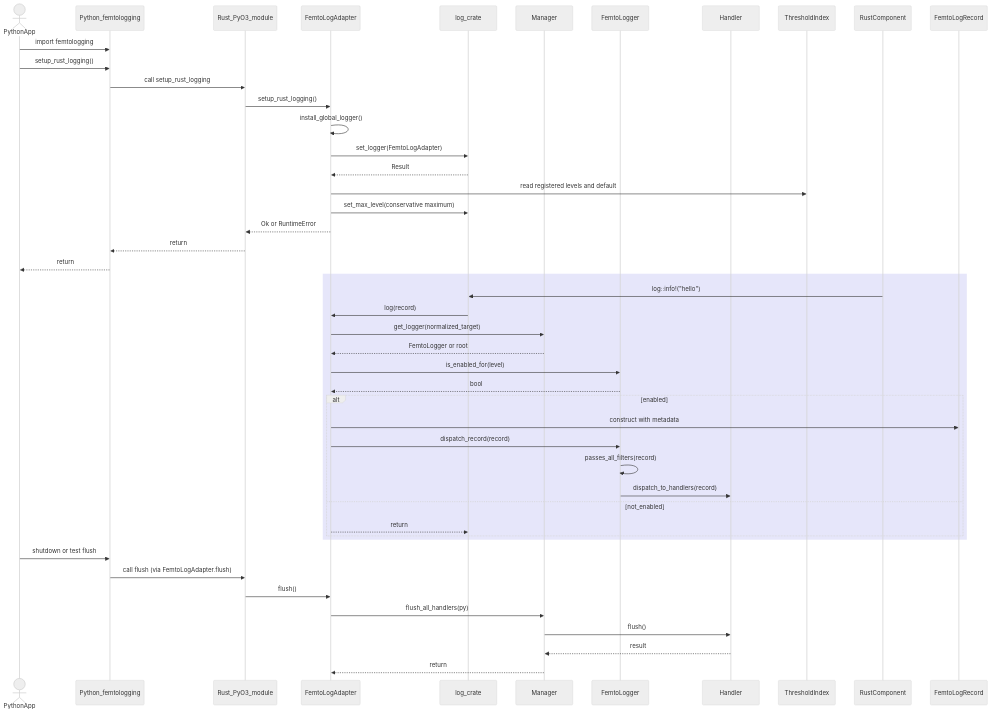
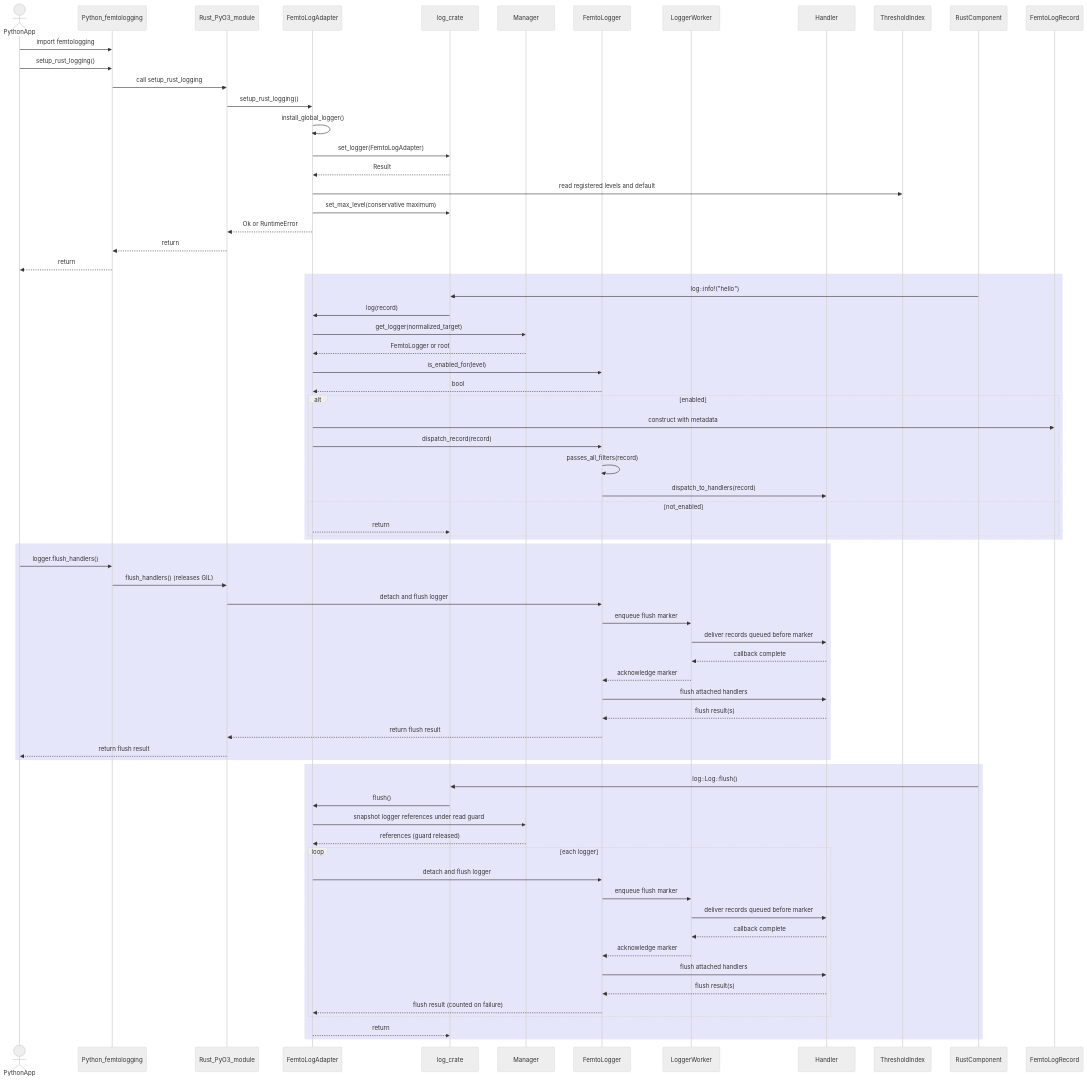
The seventh of 8 diagrams in docs/rust-multithreaded-logging-framework-for-python-design.md (leynos/femtologging), drawn with Mermaid (neutral theme) before and after one commit. The commit also changed other lines of this file and 39 other files, not shown here.

First line of the commit message:
Prevent GIL deadlocks in Python handler flushes (#451) (#555)

````diff
--- a/docs/rust-multithreaded-logging-framework-for-python-design.md
+++ b/docs/rust-multithreaded-logging-framework-for-python-design.md
@@ -1496,50 +1530,75 @@
 ```mermaid
 sequenceDiagram
     actor PythonApp
     participant PythonFemtoLogging as Python_femtologging
     participant PyO3Bridge as Rust_PyO3_module
     participant FemtoLogCompat as FemtoLogAdapter
     participant RustLog as log_crate
     participant Manager as Manager
     participant FemtoLogger
+    participant LoggerWorker
     participant Handler
 
     PythonApp->>PythonFemtoLogging: import femtologging
     PythonApp->>PythonFemtoLogging: setup_rust_logging()
     PythonFemtoLogging->>PyO3Bridge: call setup_rust_logging
     PyO3Bridge->>FemtoLogCompat: setup_rust_logging()
     FemtoLogCompat->>FemtoLogCompat: install_global_logger()
     FemtoLogCompat->>RustLog: set_logger(FemtoLogAdapter)
     RustLog-->>FemtoLogCompat: Result
     FemtoLogCompat->>ThresholdIndex: read registered levels and default
     FemtoLogCompat->>RustLog: set_max_level(conservative maximum)
     FemtoLogCompat-->>PyO3Bridge: Ok or RuntimeError
     PyO3Bridge-->>PythonFemtoLogging: return
     PythonFemtoLogging-->>PythonApp: return
 
     rect rgb(230,230,250)
         participant RustComponent
         RustComponent->>RustLog: log::info!("hello")
         RustLog->>FemtoLogCompat: log(record)
         FemtoLogCompat->>Manager: get_logger(normalized_target)
         Manager-->>FemtoLogCompat: FemtoLogger or root
         FemtoLogCompat->>FemtoLogger: is_enabled_for(level)
         FemtoLogger-->>FemtoLogCompat: bool
         alt enabled
             FemtoLogCompat->>FemtoLogRecord: construct with metadata
             FemtoLogCompat->>FemtoLogger: dispatch_record(record)
             FemtoLogger->>FemtoLogger: passes_all_filters(record)
             FemtoLogger->>Handler: dispatch_to_handlers(record)
         else not_enabled
             FemtoLogCompat-->>RustLog: return
         end
     end
 
-    PythonApp->>PythonFemtoLogging: shutdown or test flush
-    PythonFemtoLogging->>PyO3Bridge: call flush (via FemtoLogAdapter.flush)
-    PyO3Bridge->>FemtoLogCompat: flush()
-    FemtoLogCompat->>Manager: flush_all_handlers(py)
-    Manager->>Handler: flush()
-    Handler-->>Manager: result
-    Manager-->>FemtoLogCompat: return
+    rect rgb(230,230,250)
+        PythonApp->>PythonFemtoLogging: logger.flush_handlers()
+        PythonFemtoLogging->>PyO3Bridge: flush_handlers() (releases GIL)
+        PyO3Bridge->>FemtoLogger: detach and flush logger
+        FemtoLogger->>LoggerWorker: enqueue flush marker
+        LoggerWorker->>Handler: deliver records queued before marker
+        Handler-->>LoggerWorker: callback complete
+        LoggerWorker-->>FemtoLogger: acknowledge marker
+        FemtoLogger->>Handler: flush attached handlers
+        Handler-->>FemtoLogger: flush result(s)
+        FemtoLogger-->>PyO3Bridge: return flush result
+        PyO3Bridge-->>PythonApp: return flush result
+    end
+
+    rect rgb(230,230,250)
+        RustComponent->>RustLog: log::Log::flush()
+        RustLog->>FemtoLogCompat: flush()
+        FemtoLogCompat->>Manager: snapshot logger references under read guard
+        Manager-->>FemtoLogCompat: references (guard released)
+        loop each logger
+            FemtoLogCompat->>FemtoLogger: detach and flush logger
+            FemtoLogger->>LoggerWorker: enqueue flush marker
+            LoggerWorker->>Handler: deliver records queued before marker
+            Handler-->>LoggerWorker: callback complete
+            LoggerWorker-->>FemtoLogger: acknowledge marker
+            FemtoLogger->>Handler: flush attached handlers
+            Handler-->>FemtoLogger: flush result(s)
+            FemtoLogger-->>FemtoLogCompat: flush result (counted on failure)
+        end
+        FemtoLogCompat-->>RustLog: return
+    end
 ```
````
